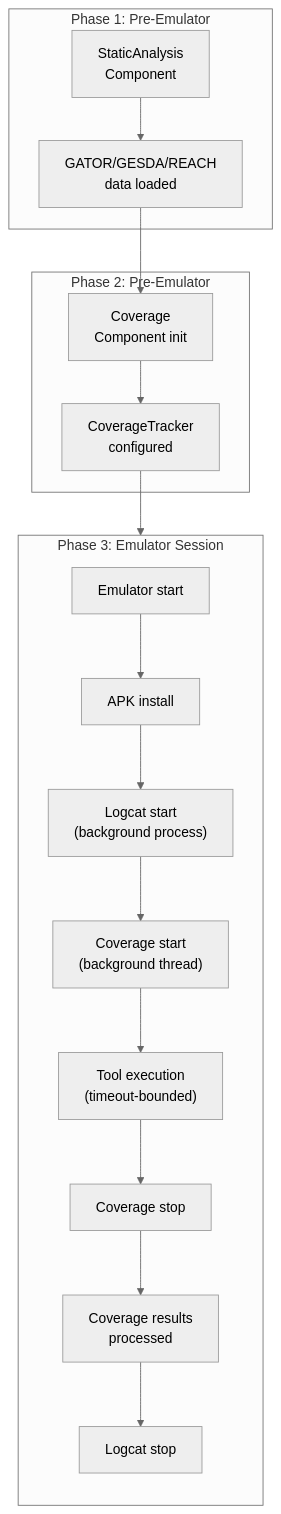
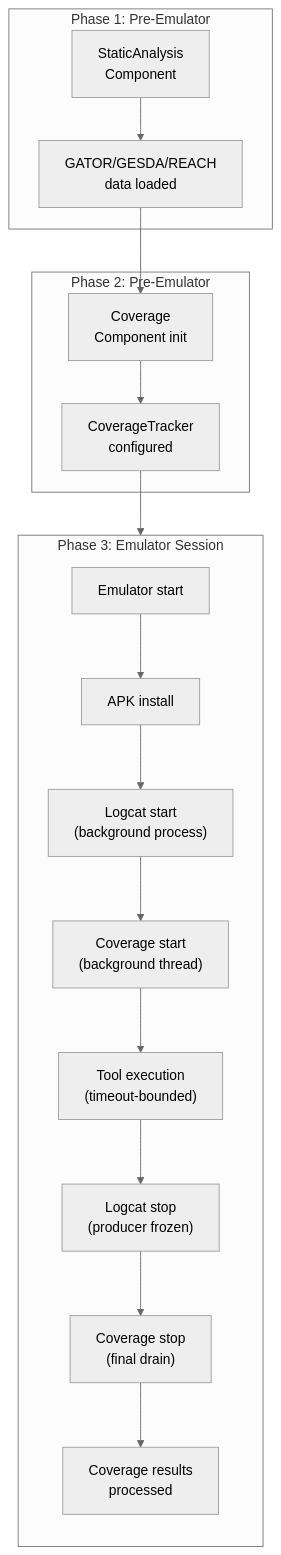
Before and after one commit to PAMunb/rvsec: the fifth of 6 diagrams in rv-android/modules/rv-platform/docs/architecture.md, drawn with Mermaid. The commit also changed other lines of this file and 15 other files, not shown here.

````diff
--- a/rv-android/modules/rv-platform/docs/architecture.md
+++ b/rv-android/modules/rv-platform/docs/architecture.md
@@ -390,37 +390,37 @@
 ```mermaid
 %%{init: {'theme': 'neutral'}}%%
 flowchart TB
     subgraph Phase1["Phase 1: Pre-Emulator"]
         SA["StaticAnalysis\nComponent"]
         SAData["GATOR/GESDA/REACH\ndata loaded"]
     end
 
     subgraph Phase2["Phase 2: Pre-Emulator"]
         CovInit["Coverage\nComponent init"]
         Tracker["CoverageTracker\nconfigured"]
     end
 
     subgraph Phase3["Phase 3: Emulator Session"]
         direction TB
         EMU["Emulator start"]
         APKInst["APK install"]
         LogStart["Logcat start\n(background process)"]
         CovStart["Coverage start\n(background thread)"]
         ToolRun["Tool execution\n(timeout-bounded)"]
-        CovStop["Coverage stop"]
+        LogStop["Logcat stop\n(producer frozen)"]
+        CovStop["Coverage stop\n(final drain)"]
         CovProcess["Coverage results\nprocessed"]
-        LogStop["Logcat stop"]
     end
 
     SA --> SAData
     SAData --> CovInit
     CovInit --> Tracker
     Tracker --> Phase3
     EMU --> APKInst
     APKInst --> LogStart
     LogStart --> CovStart
     CovStart --> ToolRun
-    ToolRun --> CovStop
+    ToolRun --> LogStop
+    LogStop --> CovStop
     CovStop --> CovProcess
-    CovProcess --> LogStop
 ```
````
